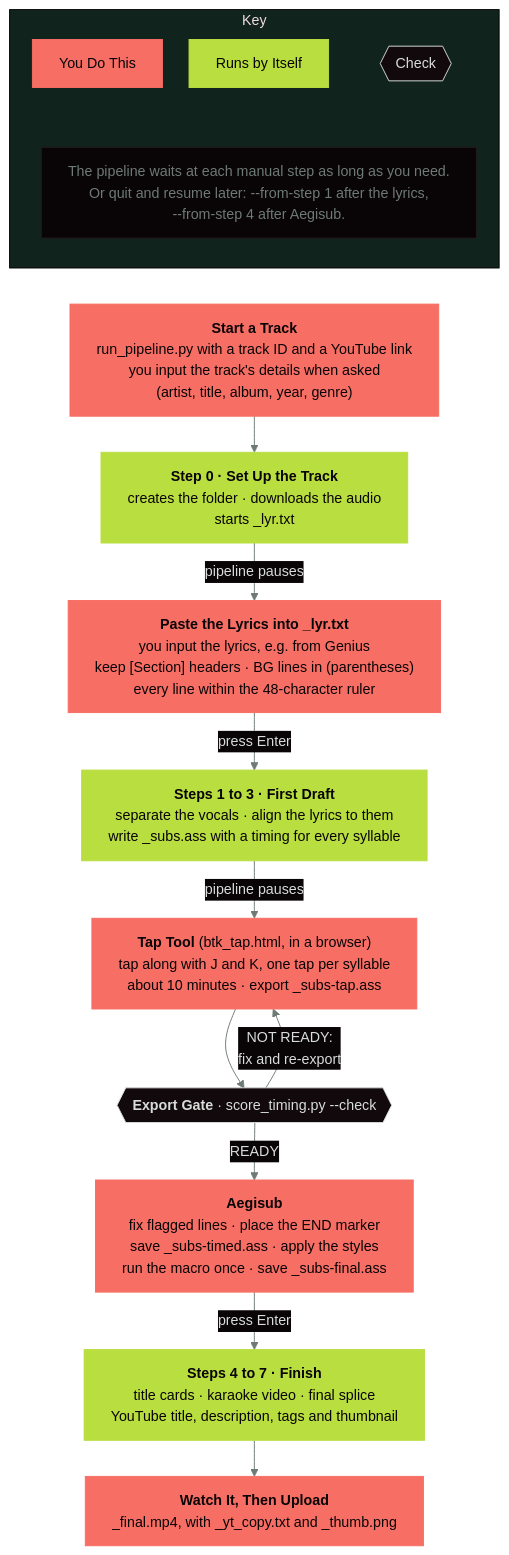
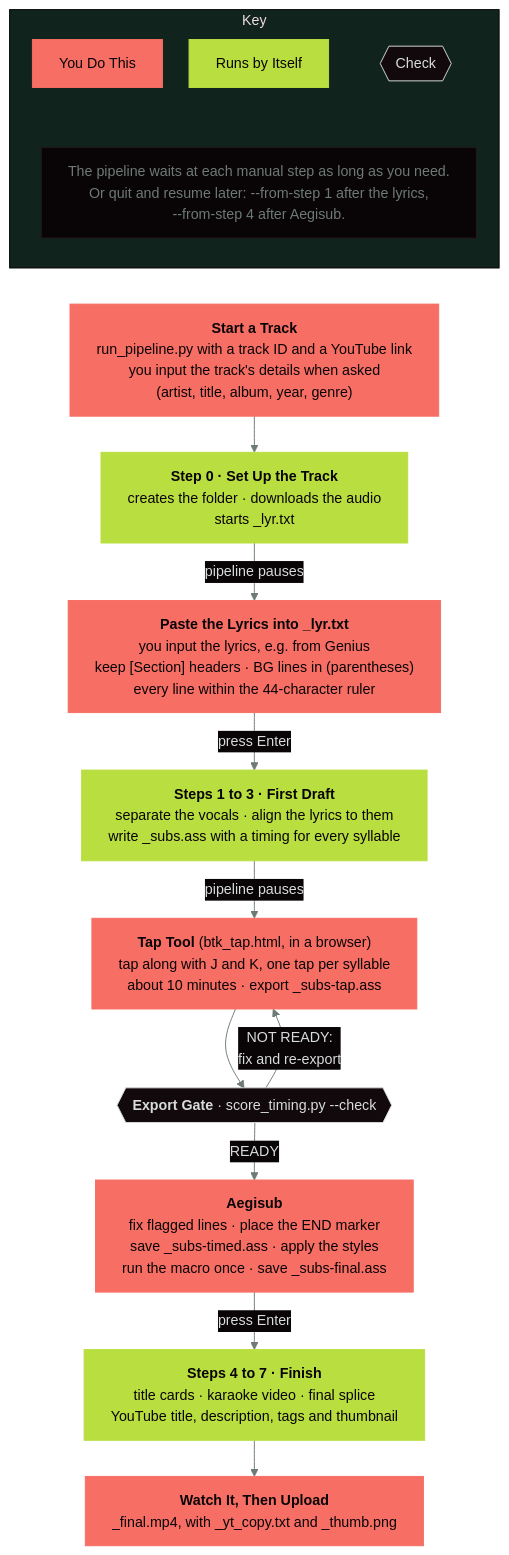
One commit to ambilixer/bayshore-trap-karaoke changed the diagram in docs/pipeline-flow.mmd. Above: the diagram before and after it, drawn with Mermaid. The commit also changed 3 other files, not shown here.

```diff
--- a/docs/pipeline-flow.mmd
+++ b/docs/pipeline-flow.mmd
@@ -1,47 +1,47 @@
 %%{init: {"theme": "base", "fontFamily": "Consolas, DejaVu Sans Mono, monospace", "flowchart": {"htmlLabels": true, "wrappingWidth": 560, "nodeSpacing": 28, "rankSpacing": 38, "padding": 14}, "themeVariables": {"fontFamily": "Consolas, DejaVu Sans Mono, monospace", "fontSize": "15px", "background": "#090406", "primaryColor": "#12090c", "primaryTextColor": "#d8ddda", "primaryBorderColor": "#241a1e", "lineColor": "#6e7a76", "textColor": "#d8ddda", "edgeLabelBackground": "#090406"}, "themeCSS": "* { font-family: Consolas, DejaVu Sans Mono, monospace !important; } .edgeLabel, .edgeLabel p, .edgeLabel span, .labelBkg { background-color: #090406 !important; color: #6e7a76 !important; } .edgeLabel rect { fill: #090406 !important; } .flowchart-link { stroke: #6e7a76 !important; stroke-width: 1.5px !important; } marker path, .marker { fill: #6e7a76 !important; stroke: #6e7a76 !important; } .cluster rect { fill: #12090c !important; stroke: #241a1e !important; } .cluster-label, .cluster-label span, .cluster-label p { color: #6e7a76 !important; fill: #6e7a76 !important; letter-spacing: 3px; }"}}%%
 flowchart TD
     %% Created by Andy Charlie W. (ambilixer) in collaboration with Claude (Anthropic).
     %% The pipeline at a glance, shown in README.md and HOWTO.md as
     %% docs/images/pipeline-flow.svg. After editing this file, re-render it with
     %% the Mermaid CLI (npm package @mermaid-js/mermaid-cli), from the repo root:
     %%   mmdc -i docs/pipeline-flow.mmd -o docs/images/pipeline-flow.svg -b "#090406"
     %% Colours and font follow btk_tap.html.
     subgraph KEY ["Key"]
         direction TB
         K1["You Do This"]:::manual
         K2["Runs by Itself"]:::auto
         K3{{"Check"}}:::gate
         NOTE["The pipeline waits at each manual step as long as you need.<br/>Or quit and resume later: --from-step 1 after the lyrics,<br/>--from-step 4 after Aegisub."]:::note
         K1 ~~~ NOTE
         K2 ~~~ NOTE
         K3 ~~~ NOTE
     end
 
     M0["<b>Start a Track</b><br/>run_pipeline.py with a track ID and a YouTube link<br/>you input the track's details when asked<br/>(artist, title, album, year, genre)"]
     S0["<b>Step 0 · Set Up the Track</b><br/>creates the folder · downloads the audio<br/>starts _lyr.txt"]
-    M1["<b>Paste the Lyrics into _lyr.txt</b><br/>you input the lyrics, e.g. from Genius<br/>keep [Section] headers · BG lines in (parentheses)<br/>every line within the 48-character ruler"]
+    M1["<b>Paste the Lyrics into _lyr.txt</b><br/>you input the lyrics, e.g. from Genius<br/>keep [Section] headers · BG lines in (parentheses)<br/>every line within the 44-character ruler"]
     S13["<b>Steps 1 to 3 · First Draft</b><br/>separate the vocals · align the lyrics to them<br/>write _subs.ass with a timing for every syllable"]
     M2["<b>Tap Tool</b> (btk_tap.html, in a browser)<br/>tap along with J and K, one tap per syllable<br/>about 10 minutes · export _subs-tap.ass"]
     G{{"<b>Export Gate</b> · score_timing.py --check"}}
     M3["<b>Aegisub</b><br/>fix flagged lines · place the END marker<br/>save _subs-timed.ass · apply the styles<br/>run the macro once · save _subs-final.ass"]
     S47["<b>Steps 4 to 7 · Finish</b><br/>title cards · karaoke video · final splice<br/>YouTube title, description, tags and thumbnail"]
     M4["<b>Watch It, Then Upload</b><br/>_final.mp4, with _yt_copy.txt and _thumb.png"]
 
     KEY ~~~ M0
     M0 --> S0
     S0 -- "pipeline pauses" --> M1
     M1 -- "press Enter" --> S13
     S13 -- "pipeline pauses" --> M2
     M2 --> G
     G -- "NOT READY:<br/>fix and re-export" --> M2
     G -- "READY" --> M3
     M3 -- "press Enter" --> S47
     S47 --> M4
 
     classDef manual fill:#f76e64,stroke:#f76e64,color:#090406
     classDef auto fill:#b9de40,stroke:#b9de40,color:#090406
     classDef gate fill:#12090c,stroke:#d8ddda,color:#d8ddda
     classDef note fill:#090406,stroke:#241a1e,color:#6e7a76
     class M0,M1,M2,M3,M4 manual
     class S0,S13,S47 auto
     class G gate
```
